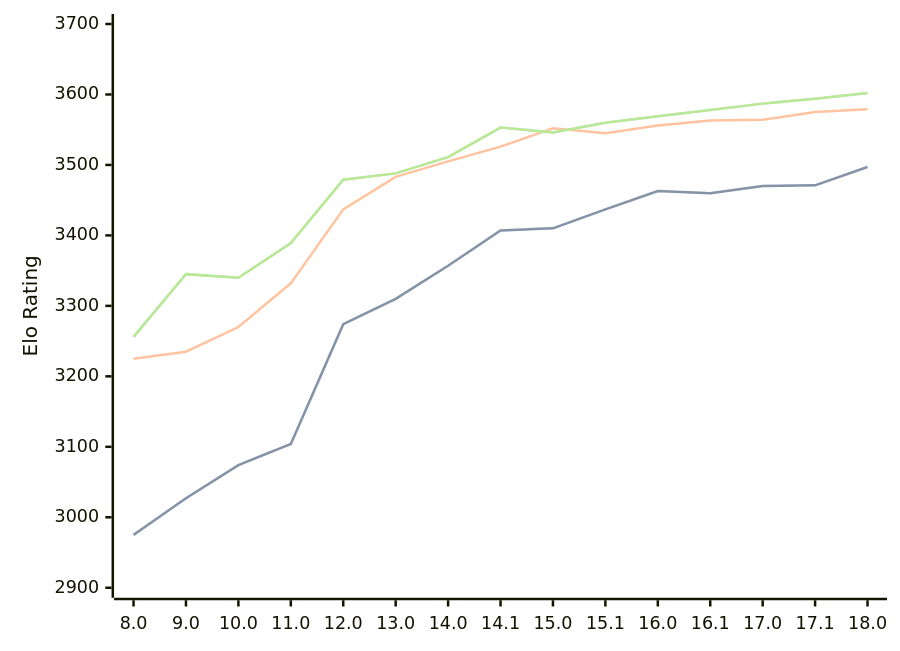
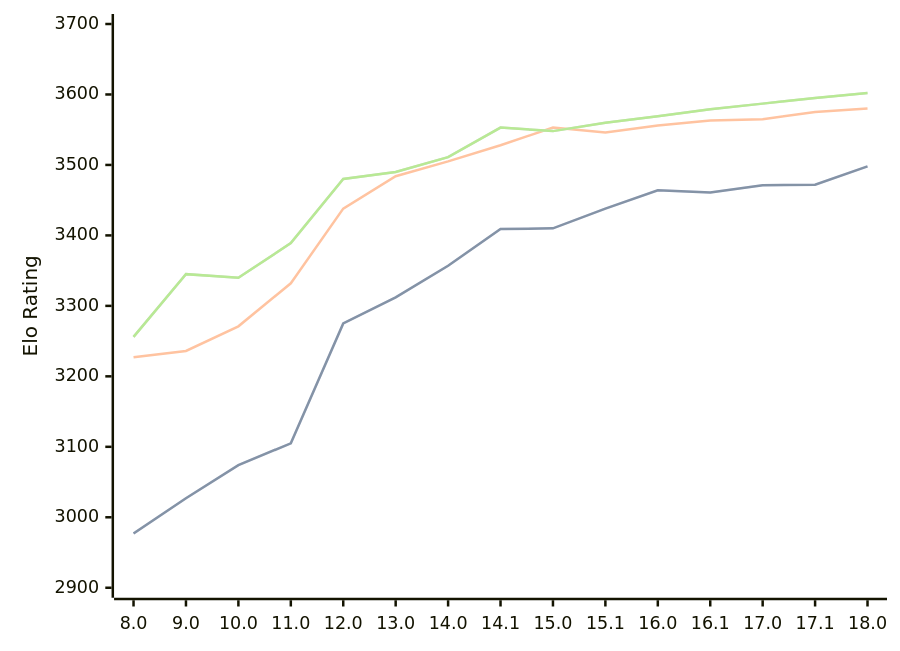
Before and after one commit to computer-chess-index/cci: the diagram in engines/Stockfish.md, drawn with Mermaid. The commit also changed other lines of this file, not shown here.

Commit message:
Update CCI Ratings (ELO VLTC) - 2026-08-05

````diff
--- a/engines/Stockfish.md
+++ b/engines/Stockfish.md
@@ -46,11 +46,11 @@
 ```mermaid
 %%{init: {"theme":"base","themeVariables":{"seriesColors:['#a3a3a3','#222221','#faa371']}}}%%
 xychart-beta
   x-axis ["8.0", "9.0", "10.0", "11.0", "12.0", "13.0", "14.0", "14.1", "15.0", "15.1", "16.0", "16.1", "17.0", "17.1", "18.0"]
   y-axis "Elo Rating" 2900 --> 3700
-  line "STC (8.0+0.08s)" [2975, 3027, 3074, 3104, 3274, 3310, 3357, 3407, 3410, 3437, 3463, 3460, 3470, 3471, 3497]
-  line "STC (8.0+0.08s)" [2975, 3027, 3074, 3104, 3274, 3310, 3357, 3407, 3410, 3437, 3463, 3460, 3470, 3471, 3497]
-  line "LTC (60.0+0.60s)" [3225, 3235, 3270, 3332, 3437, 3483, 3505, 3526, 3552, 3545, 3556, 3563, 3564, 3575, 3579]
-  line "VLTC (2m24s+1.12s)" [3256, 3345, 3340, 3389, 3479, 3488, 3511, 3553, 3546, 3560, 3569, 3578, 3587, 3594, 3602]
-  line "VLTC (2m24s+1.12s)" [3256, 3345, 3340, 3389, 3479, 3488, 3511, 3553, 3546, 3560, 3569, 3578, 3587, 3594, 3602]
+  line "STC (8.0+0.08s)" [2977, 3027, 3074, 3105, 3275, 3312, 3357, 3409, 3410, 3438, 3464, 3461, 3471, 3472, 3498]
+  line "STC (8.0+0.08s)" [2977, 3027, 3074, 3105, 3275, 3312, 3357, 3409, 3410, 3438, 3464, 3461, 3471, 3472, 3498]
+  line "LTC (60.0+0.60s)" [3227, 3236, 3271, 3332, 3438, 3484, 3505, 3528, 3553, 3546, 3556, 3563, 3565, 3575, 3580]
+  line "VLTC (2m24s+1.12s)" [3256, 3345, 3340, 3389, 3480, 3490, 3511, 3553, 3548, 3560, 3569, 3579, 3587, 3595, 3602]
+  line "VLTC (2m24s+1.12s)" [3256, 3345, 3340, 3389, 3480, 3490, 3511, 3553, 3548, 3560, 3569, 3579, 3587, 3595, 3602]
 ```
````
